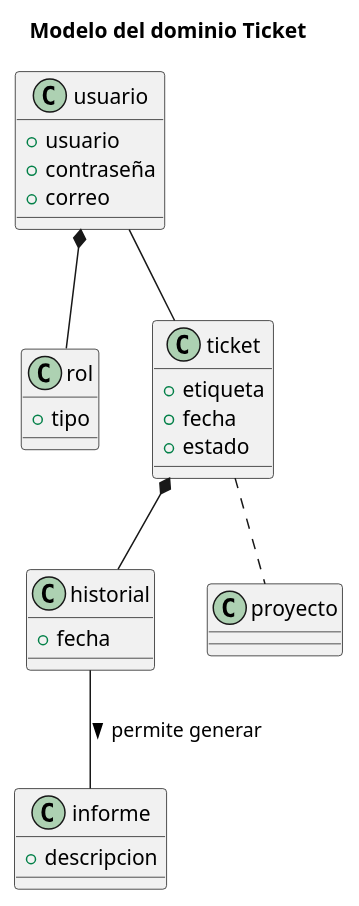
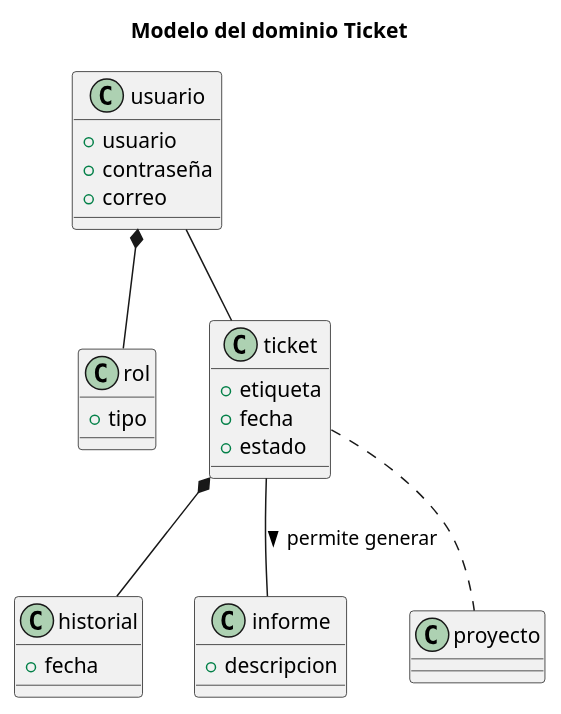
The diagram in modelosUML/DiagramasModeloDominio/ModeloDominioTicket.puml (mmasias/23-24-IdSw1-SDR), drawn with PlantUML before and after one commit. The commit also changed 26 other files, not shown here.

```diff
--- a/modelosUML/DiagramasModeloDominio/ModeloDominioTicket.puml
+++ b/modelosUML/DiagramasModeloDominio/ModeloDominioTicket.puml
@@ -1,38 +1,38 @@
 @startuml Modelo del dominio Ticket
 'https://plantuml.com/sequence-diagram
 title Modelo del dominio Ticket
 
 class usuario{ 
     +usuario
     +contraseña
     +correo  
 }
 
 class rol{ 
     +tipo
 }
 
 class ticket{
     +etiqueta
     +fecha
     +estado 
 }
 
 class historial{ 
     +fecha
 }
 
 class informe{ 
     +descripcion
 }
 
 class proyecto
 
 usuario *-- rol
 usuario -- ticket
 ticket .. proyecto
 ticket *-- historial
 
-historial -d- informe : > permite generar
+ticket -d- informe : > permite generar
 
 @enduml
```
